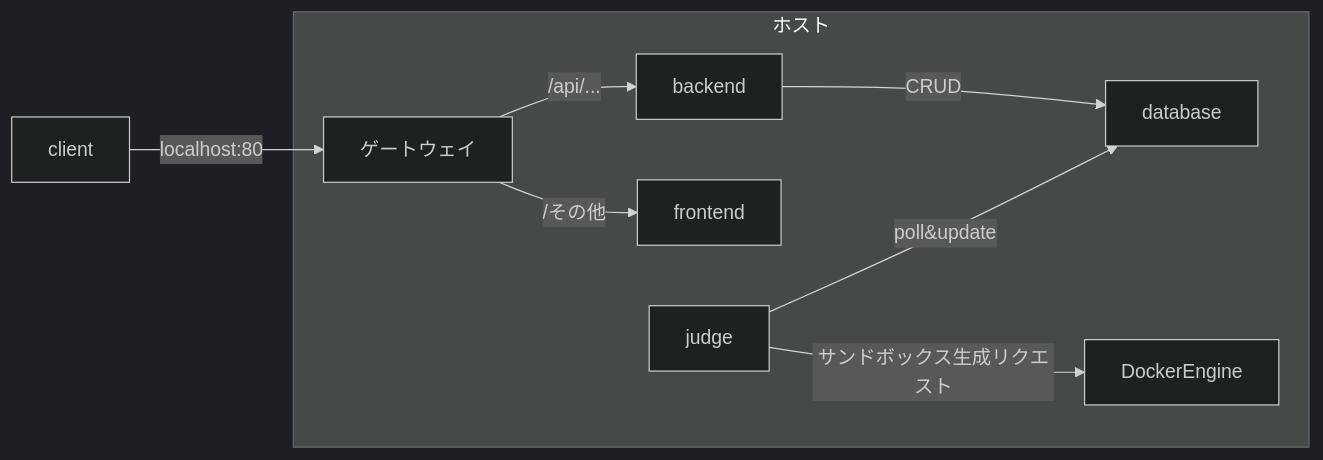
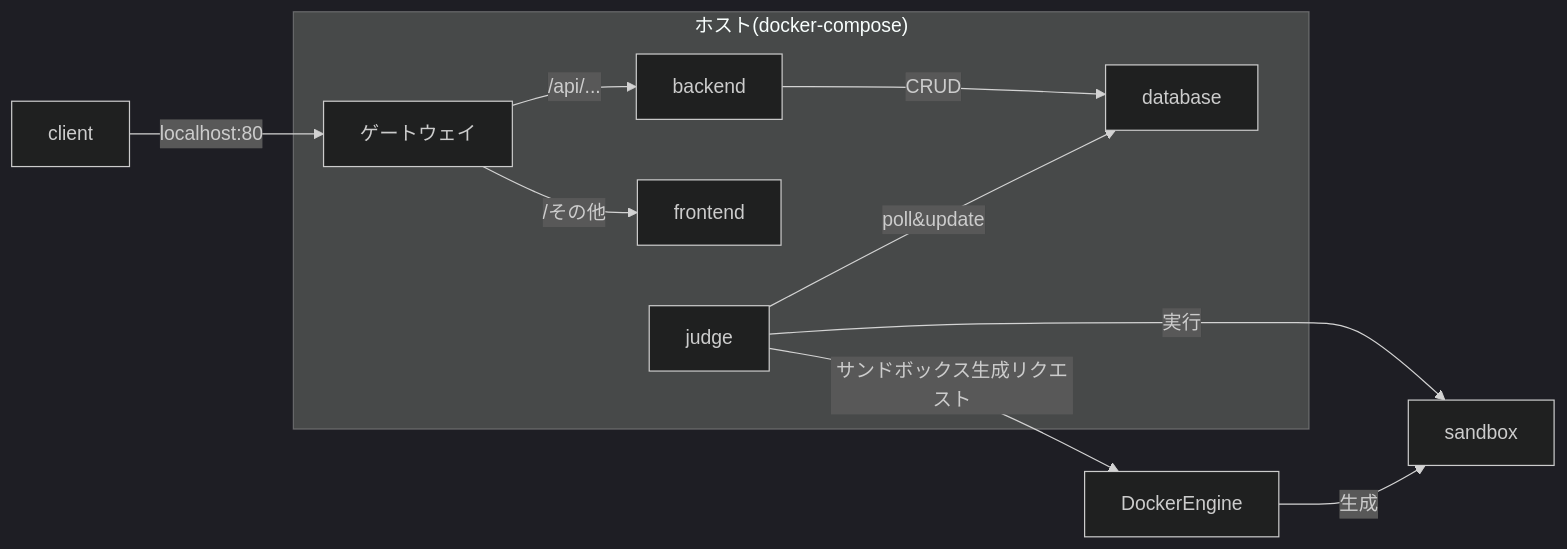
One commit to takoyaki65/dsa-project changed the diagram in README.md. Above: the diagram before and after it, drawn with Mermaid (dark theme).

````diff
--- a/README.md
+++ b/README.md
@@ -2,21 +2,22 @@
 ```mermaid
 flowchart LR
   client
 
-  subgraph "ホスト"
+  subgraph "ホスト(docker-compose)"
     GW[ゲートウェイ]
     BE[backend]
     FE[frontend]
     DB[database]
     JD[judge]
-    DockerEngine
   end
 
   client -->| localhost:80 | GW
   GW -->| /api/... | BE
   GW -->| /その他 | FE
 
   BE -->| CRUD | DB
   JD -->| poll&update | DB
+  JD -->| 実行 | sandbox
   JD -->| サンドボックス生成リクエスト | DockerEngine
+  DockerEngine -->| 生成 | sandbox
 ```
````
